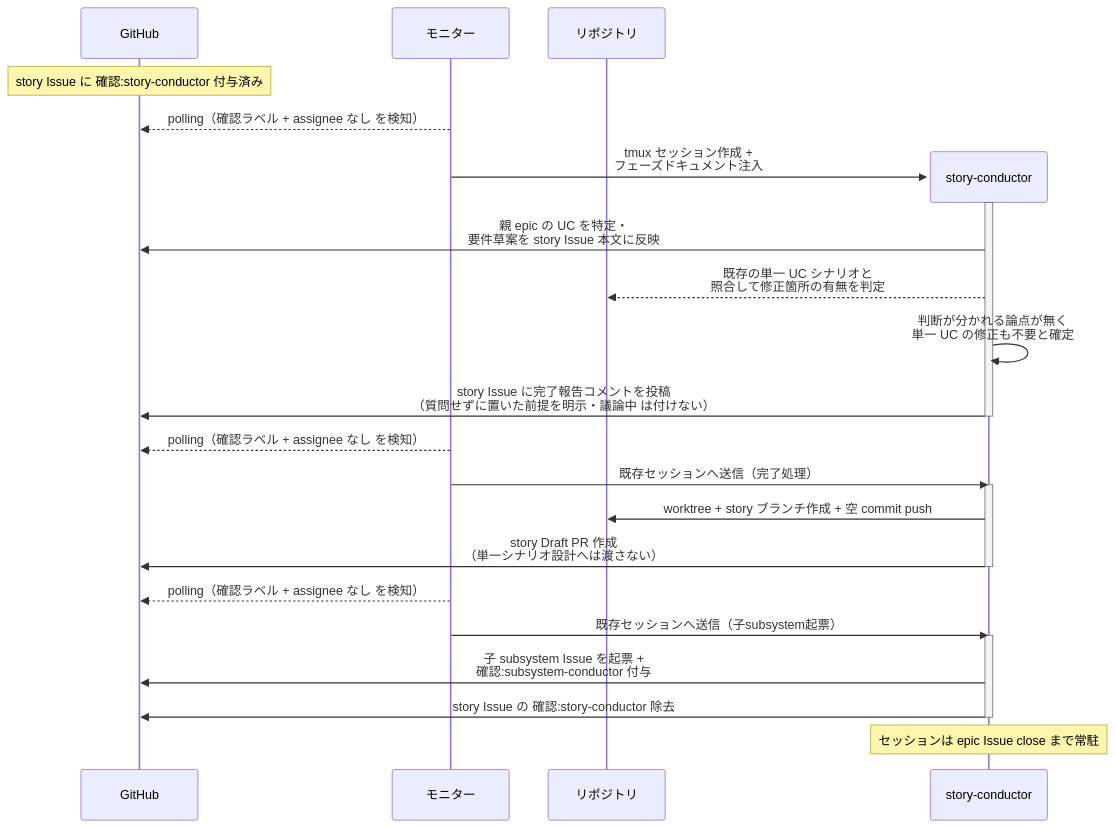
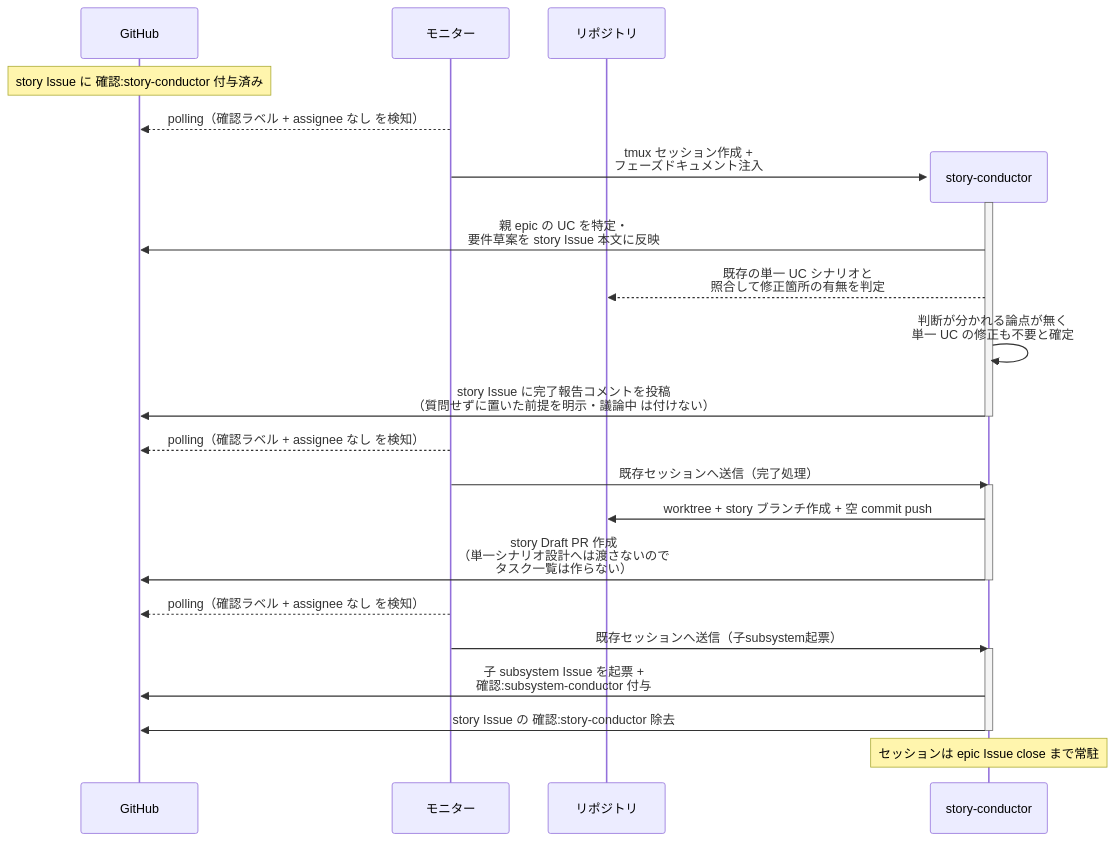
The second of 3 diagrams in docs/wiki/設計図/シナリオ/単一ユースケース/story要件確定.md (shuhei1101/ai-monitor), drawn with Mermaid before and after one commit. The commit also changed other lines of this file and 77 other files, not shown here.

````diff
--- a/docs/wiki/設計図/シナリオ/単一ユースケース/story要件確定.md
+++ b/docs/wiki/設計図/シナリオ/単一ユースケース/story要件確定.md
@@ -88,32 +89,32 @@
 ```mermaid
 sequenceDiagram
   participant GH as GitHub
   participant ORC as モニター
   participant REPO as リポジトリ
 
   Note over GH: story Issue に 確認:story-conductor 付与済み
   ORC-->>GH: polling（確認ラベル + assignee なし を検知）
   create participant MON as story-conductor
   ORC->>MON: tmux セッション作成 +<br>フェーズドキュメント注入
   activate MON
   MON->>GH: 親 epic の UC を特定・<br>要件草案を story Issue 本文に反映
   MON-->>REPO: 既存の単一 UC シナリオと<br>照合して修正箇所の有無を判定
   MON->>MON: 判断が分かれる論点が無く<br>単一 UC の修正も不要と確定
   MON->>GH: story Issue に完了報告コメントを投稿<br>（質問せずに置いた前提を明示・議論中 は付けない）
   deactivate MON
 
   ORC-->>GH: polling（確認ラベル + assignee なし を検知）
   ORC->>MON: 既存セッションへ送信（完了処理）
   activate MON
   MON->>REPO: worktree + story ブランチ作成 + 空 commit push
-  MON->>GH: story Draft PR 作成<br>（単一シナリオ設計へは渡さない）
+  MON->>GH: story Draft PR 作成<br>（単一シナリオ設計へは渡さないので<br>タスク一覧は作らない）
   deactivate MON
 
   ORC-->>GH: polling（確認ラベル + assignee なし を検知）
   ORC->>MON: 既存セッションへ送信（子subsystem起票）
   activate MON
   MON->>GH: 子 subsystem Issue を起票 +<br>確認:subsystem-conductor 付与
   MON->>GH: story Issue の 確認:story-conductor 除去
   deactivate MON
   Note over MON: セッションは epic Issue close まで常駐
 ```
````
